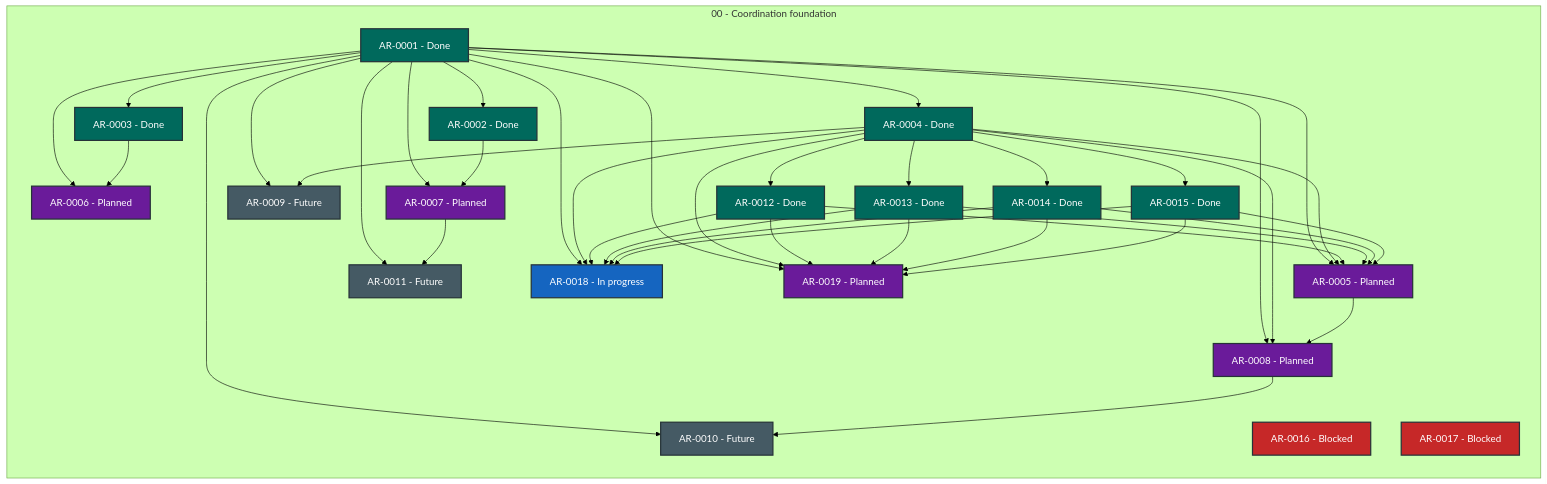
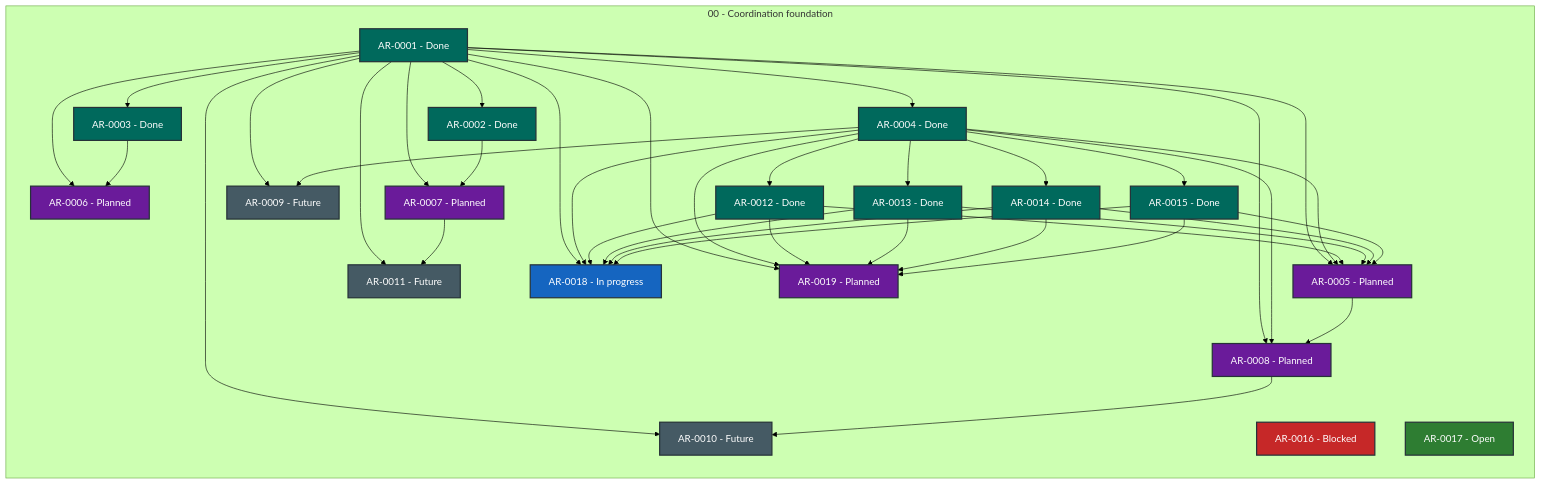
One commit to martin-beck/agent-workflow-quality-state changed the diagram in STATUS.md. Above: the diagram before and after it, drawn with Mermaid (forest theme). The commit also changed other lines of this file and 2 other files, not shown here.

````diff
--- a/STATUS.md
+++ b/STATUS.md
@@ -27,71 +27,71 @@
 ```mermaid
 flowchart LR
     subgraph series_00["00 - Coordination foundation"]
         direction TB
         AR_0001["AR-0001 - Done"]:::status_done
         AR_0002["AR-0002 - Done"]:::status_done
         AR_0003["AR-0003 - Done"]:::status_done
         AR_0004["AR-0004 - Done"]:::status_done
         AR_0005["AR-0005 - Planned"]:::status_planned
         AR_0006["AR-0006 - Planned"]:::status_planned
         AR_0007["AR-0007 - Planned"]:::status_planned
         AR_0008["AR-0008 - Planned"]:::status_planned
         AR_0009["AR-0009 - Future"]:::status_future
         AR_0010["AR-0010 - Future"]:::status_future
         AR_0011["AR-0011 - Future"]:::status_future
         AR_0012["AR-0012 - Done"]:::status_done
         AR_0013["AR-0013 - Done"]:::status_done
         AR_0014["AR-0014 - Done"]:::status_done
         AR_0015["AR-0015 - Done"]:::status_done
         AR_0016["AR-0016 - Blocked"]:::status_blocked
-        AR_0017["AR-0017 - Blocked"]:::status_blocked
+        AR_0017["AR-0017 - Open"]:::status_open
         AR_0018["AR-0018 - In progress"]:::status_in_progress
         AR_0019["AR-0019 - Planned"]:::status_planned
     end
     AR_0001 --> AR_0002
     AR_0001 --> AR_0003
     AR_0001 --> AR_0004
     AR_0001 --> AR_0005
     AR_0001 --> AR_0006
     AR_0001 --> AR_0007
     AR_0001 --> AR_0008
     AR_0001 --> AR_0009
     AR_0001 --> AR_0010
     AR_0001 --> AR_0011
     AR_0001 --> AR_0018
     AR_0001 --> AR_0019
     AR_0002 --> AR_0007
     AR_0003 --> AR_0006
     AR_0004 --> AR_0005
     AR_0004 --> AR_0008
     AR_0004 --> AR_0009
     AR_0004 --> AR_0012
     AR_0004 --> AR_0013
     AR_0004 --> AR_0014
     AR_0004 --> AR_0015
     AR_0004 --> AR_0018
     AR_0004 --> AR_0019
     AR_0005 --> AR_0008
     AR_0007 --> AR_0011
     AR_0008 --> AR_0010
     AR_0012 --> AR_0005
     AR_0012 --> AR_0018
     AR_0012 --> AR_0019
     AR_0013 --> AR_0005
     AR_0013 --> AR_0018
     AR_0013 --> AR_0019
     AR_0014 --> AR_0005
     AR_0014 --> AR_0018
     AR_0014 --> AR_0019
     AR_0015 --> AR_0005
     AR_0015 --> AR_0018
     AR_0015 --> AR_0019
     classDef status_in_progress fill:#1565c0,color:#ffffff,stroke:#263238,stroke-width:2px
     classDef status_open fill:#2e7d32,color:#ffffff,stroke:#263238,stroke-width:2px
     classDef status_blocked fill:#c62828,color:#ffffff,stroke:#263238,stroke-width:2px
     classDef status_planned fill:#6a1b9a,color:#ffffff,stroke:#263238,stroke-width:2px
     classDef status_future fill:#455a64,color:#ffffff,stroke:#263238,stroke-width:2px
     classDef status_done fill:#00695c,color:#ffffff,stroke:#263238,stroke-width:2px
     classDef status_cancelled fill:#616161,color:#ffffff,stroke:#263238,stroke-width:2px
     classDef status_superseded fill:#5d4037,color:#ffffff,stroke:#263238,stroke-width:2px
 ```
````
